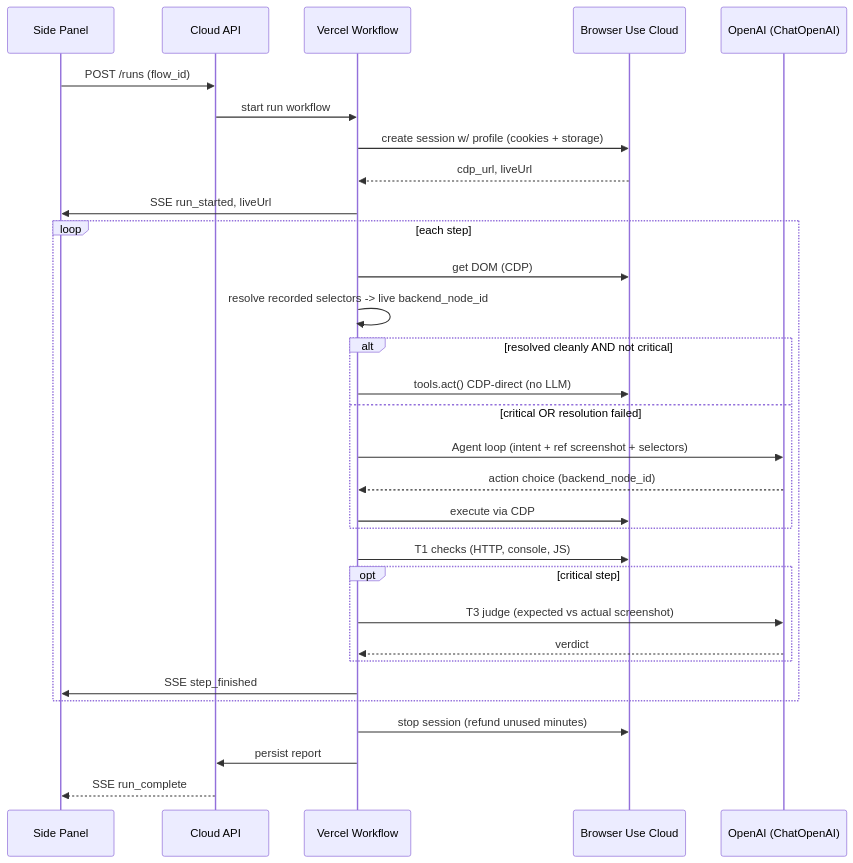
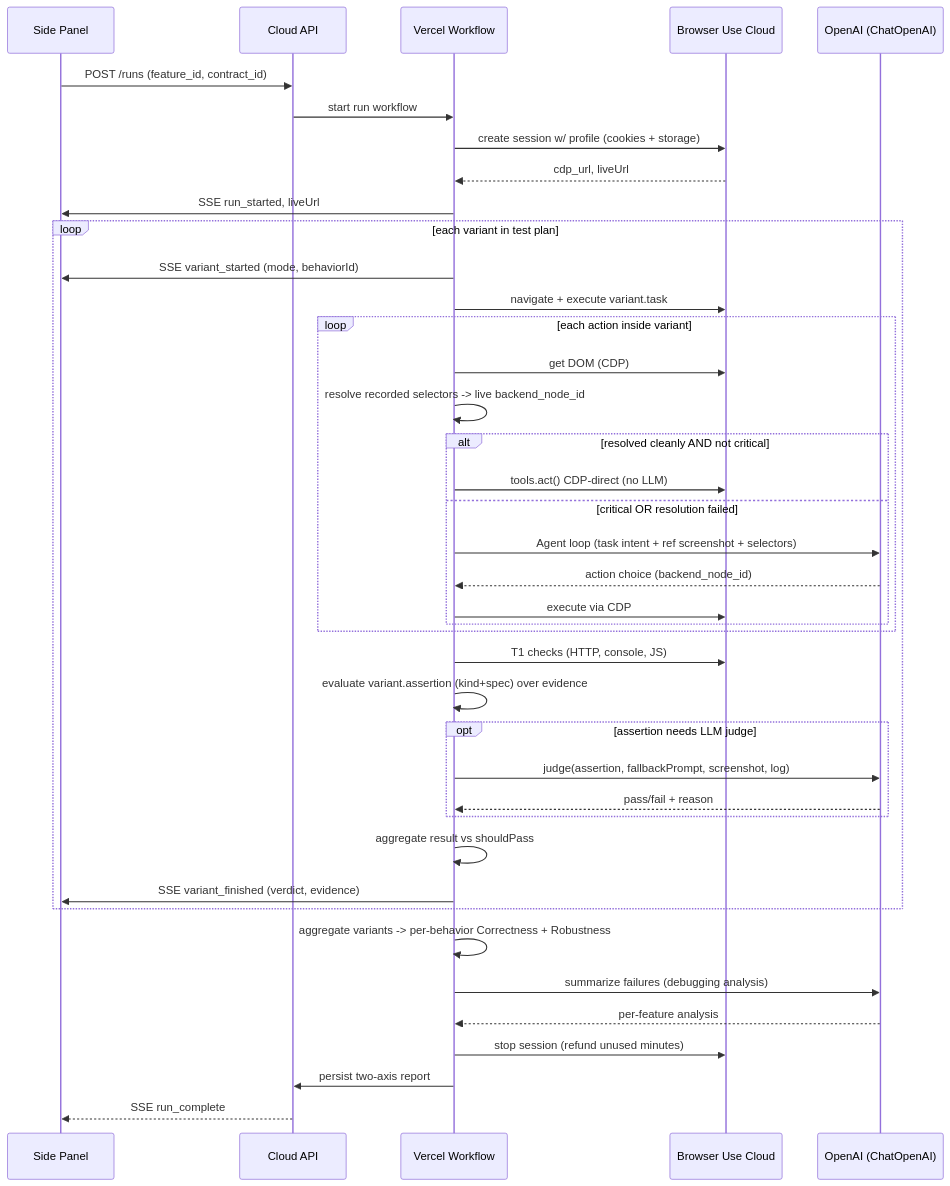
One commit to RushikeshTammewar/flowlens changed the fifth of 6 diagrams in docs/v3/HLD.md. Above: the diagram before and after it, drawn with Mermaid. The commit also changed other lines of this file, not shown here.

First line of the commit message:
v3 docs: HLD rewrite — AI senior-QA pipeline (contract + 4-mode + two-axis)

````diff
--- a/docs/v3/HLD.md
+++ b/docs/v3/HLD.md
@@ -225,34 +238,43 @@
 ```mermaid
 sequenceDiagram
     participant SP as Side Panel
     participant API as Cloud API
     participant WF as Vercel Workflow
     participant BU as Browser Use Cloud
     participant LLM as OpenAI (ChatOpenAI)
 
-    SP->>API: POST /runs (flow_id)
+    SP->>API: POST /runs (feature_id, contract_id)
     API->>WF: start run workflow
     WF->>BU: create session w/ profile (cookies + storage)
     BU-->>WF: cdp_url, liveUrl
     WF->>SP: SSE run_started, liveUrl
-    loop each step
-        WF->>BU: get DOM (CDP)
-        WF->>WF: resolve recorded selectors -> live backend_node_id
-        alt resolved cleanly AND not critical
-            WF->>BU: tools.act() CDP-direct (no LLM)
-        else critical OR resolution failed
-            WF->>LLM: Agent loop (intent + ref screenshot + selectors)
-            LLM-->>WF: action choice (backend_node_id)
-            WF->>BU: execute via CDP
+    loop each variant in test plan
+        WF->>SP: SSE variant_started (mode, behaviorId)
+        WF->>BU: navigate + execute variant.task
+        loop each action inside variant
+            WF->>BU: get DOM (CDP)
+            WF->>WF: resolve recorded selectors -> live backend_node_id
+            alt resolved cleanly AND not critical
+                WF->>BU: tools.act() CDP-direct (no LLM)
+            else critical OR resolution failed
+                WF->>LLM: Agent loop (task intent + ref screenshot + selectors)
+                LLM-->>WF: action choice (backend_node_id)
+                WF->>BU: execute via CDP
+            end
         end
         WF->>BU: T1 checks (HTTP, console, JS)
-        opt critical step
-            WF->>LLM: T3 judge (expected vs actual screenshot)
-            LLM-->>WF: verdict
+        WF->>WF: evaluate variant.assertion (kind+spec) over evidence
+        opt assertion needs LLM judge
+            WF->>LLM: judge(assertion, fallbackPrompt, screenshot, log)
+            LLM-->>WF: pass/fail + reason
         end
-        WF->>SP: SSE step_finished
+        WF->>WF: aggregate result vs shouldPass
+        WF->>SP: SSE variant_finished (verdict, evidence)
     end
+    WF->>WF: aggregate variants -> per-behavior Correctness + Robustness
+    WF->>LLM: summarize failures (debugging analysis)
+    LLM-->>WF: per-feature analysis
     WF->>BU: stop session (refund unused minutes)
-    WF->>API: persist report
+    WF->>API: persist two-axis report
     API-->>SP: SSE run_complete
 ```
````
